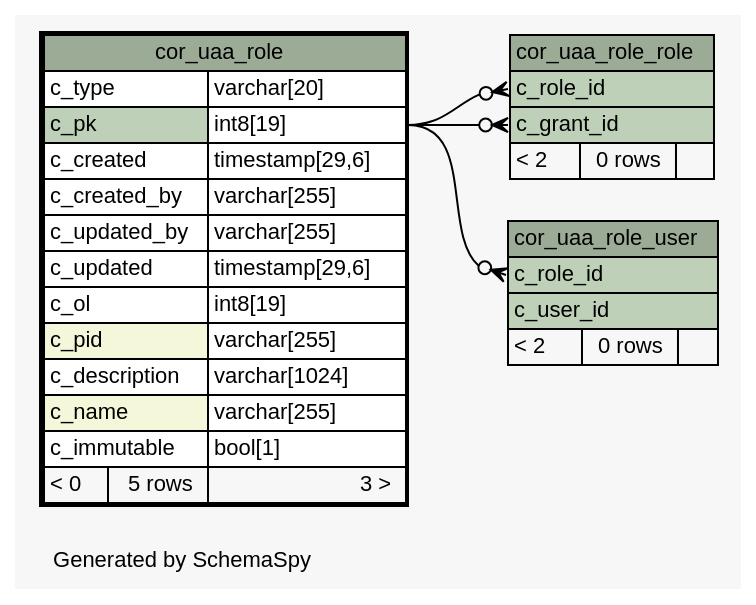
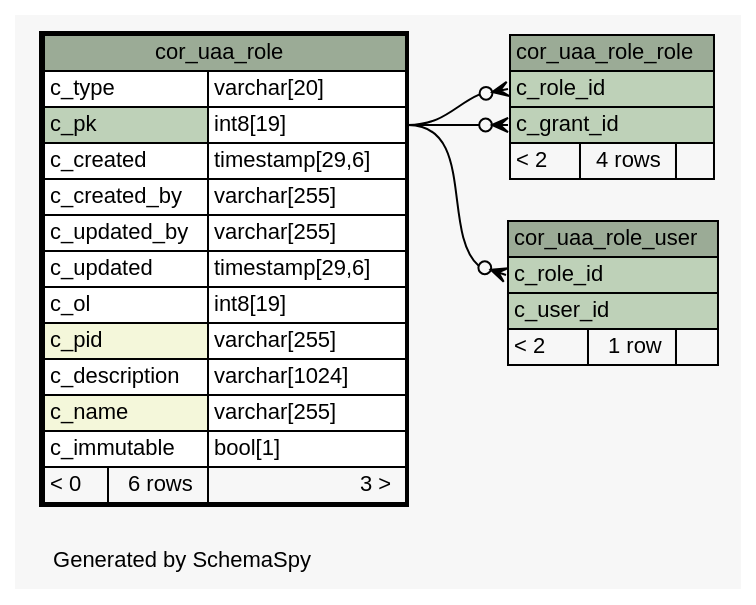
The diagram in 2.0.0-SNAPSHOT/schemaspy/diagrams/cor_uaa_role.1degree.dot (openwms/org.openwms.core.uaa.lib), drawn with Graphviz before and after one commit. The commit also changed 226 other files, not shown here.

```diff
--- a/2.0.0-SNAPSHOT/schemaspy/diagrams/cor_uaa_role.1degree.dot
+++ b/2.0.0-SNAPSHOT/schemaspy/diagrams/cor_uaa_role.1degree.dot
@@ -1,67 +1,67 @@
 // dot 2.43.0 on Linux 6.2.0-1018-azure
 // SchemaSpy rev Unknown
 digraph "oneDegreeRelationshipsDiagram" {
   graph [
     rankdir="RL"
     bgcolor="#f7f7f7"
     label="\nGenerated by SchemaSpy"
     labeljust="l"
     nodesep="0.18"
     ranksep="0.46"
     fontname="Helvetica"
     fontsize="11"
   ];
   node [
     fontname="Helvetica"
     fontsize="11"
     shape="plaintext"
   ];
   edge [
     arrowsize="0.8"
   ];
   "cor_uaa_role_role":"c_grant_id":w -> "cor_uaa_role":"c_pk.type":e [arrowhead=none dir=back arrowtail=crowodot];
   "cor_uaa_role_role":"c_role_id":w -> "cor_uaa_role":"c_pk.type":e [arrowhead=none dir=back arrowtail=crowodot];
   "cor_uaa_role_user":"c_role_id":w -> "cor_uaa_role":"c_pk.type":e [arrowhead=none dir=back arrowtail=crowodot];
   "cor_uaa_role" [
     label=<
     <TABLE BORDER="2" CELLBORDER="1" CELLSPACING="0" BGCOLOR="#ffffff">
       <TR><TD COLSPAN="3" BGCOLOR="#9bab96" ALIGN="CENTER">cor_uaa_role</TD></TR>
       <TR><TD PORT="c_type" COLSPAN="2" ALIGN="LEFT">c_type</TD><TD PORT="c_type.type" ALIGN="LEFT">varchar[20]</TD></TR>
       <TR><TD PORT="c_pk" COLSPAN="2" BGCOLOR="#bed1b8" ALIGN="LEFT">c_pk</TD><TD PORT="c_pk.type" ALIGN="LEFT">int8[19]</TD></TR>
       <TR><TD PORT="c_created" COLSPAN="2" ALIGN="LEFT">c_created</TD><TD PORT="c_created.type" ALIGN="LEFT">timestamp[29,6]</TD></TR>
       <TR><TD PORT="c_created_by" COLSPAN="2" ALIGN="LEFT">c_created_by</TD><TD PORT="c_created_by.type" ALIGN="LEFT">varchar[255]</TD></TR>
       <TR><TD PORT="c_updated_by" COLSPAN="2" ALIGN="LEFT">c_updated_by</TD><TD PORT="c_updated_by.type" ALIGN="LEFT">varchar[255]</TD></TR>
       <TR><TD PORT="c_updated" COLSPAN="2" ALIGN="LEFT">c_updated</TD><TD PORT="c_updated.type" ALIGN="LEFT">timestamp[29,6]</TD></TR>
       <TR><TD PORT="c_ol" COLSPAN="2" ALIGN="LEFT">c_ol</TD><TD PORT="c_ol.type" ALIGN="LEFT">int8[19]</TD></TR>
       <TR><TD PORT="c_pid" COLSPAN="2" BGCOLOR="#f4f7da" ALIGN="LEFT">c_pid</TD><TD PORT="c_pid.type" ALIGN="LEFT">varchar[255]</TD></TR>
       <TR><TD PORT="c_description" COLSPAN="2" ALIGN="LEFT">c_description</TD><TD PORT="c_description.type" ALIGN="LEFT">varchar[1024]</TD></TR>
       <TR><TD PORT="c_name" COLSPAN="2" BGCOLOR="#f4f7da" ALIGN="LEFT">c_name</TD><TD PORT="c_name.type" ALIGN="LEFT">varchar[255]</TD></TR>
       <TR><TD PORT="c_immutable" COLSPAN="2" ALIGN="LEFT">c_immutable</TD><TD PORT="c_immutable.type" ALIGN="LEFT">bool[1]</TD></TR>
-      <TR><TD ALIGN="LEFT" BGCOLOR="#f7f7f7">&lt; 0</TD><TD ALIGN="RIGHT" BGCOLOR="#f7f7f7">5 rows</TD><TD ALIGN="RIGHT" BGCOLOR="#f7f7f7">3 &gt;</TD></TR>
+      <TR><TD ALIGN="LEFT" BGCOLOR="#f7f7f7">&lt; 0</TD><TD ALIGN="RIGHT" BGCOLOR="#f7f7f7">6 rows</TD><TD ALIGN="RIGHT" BGCOLOR="#f7f7f7">3 &gt;</TD></TR>
     </TABLE>>
     URL="cor_uaa_role.html"
     tooltip="cor_uaa_role"
   ];
   "cor_uaa_role_role" [
     label=<
     <TABLE BORDER="0" CELLBORDER="1" CELLSPACING="0" BGCOLOR="#ffffff">
       <TR><TD COLSPAN="3" BGCOLOR="#9bab96" ALIGN="CENTER">cor_uaa_role_role</TD></TR>
       <TR><TD PORT="c_role_id" COLSPAN="3" BGCOLOR="#bed1b8" ALIGN="LEFT">c_role_id</TD></TR>
       <TR><TD PORT="c_grant_id" COLSPAN="3" BGCOLOR="#bed1b8" ALIGN="LEFT">c_grant_id</TD></TR>
-      <TR><TD ALIGN="LEFT" BGCOLOR="#f7f7f7">&lt; 2</TD><TD ALIGN="RIGHT" BGCOLOR="#f7f7f7">0 rows</TD><TD ALIGN="RIGHT" BGCOLOR="#f7f7f7">  </TD></TR>
+      <TR><TD ALIGN="LEFT" BGCOLOR="#f7f7f7">&lt; 2</TD><TD ALIGN="RIGHT" BGCOLOR="#f7f7f7">4 rows</TD><TD ALIGN="RIGHT" BGCOLOR="#f7f7f7">  </TD></TR>
     </TABLE>>
     URL="cor_uaa_role_role.html"
     tooltip="cor_uaa_role_role"
   ];
   "cor_uaa_role_user" [
     label=<
     <TABLE BORDER="0" CELLBORDER="1" CELLSPACING="0" BGCOLOR="#ffffff">
       <TR><TD COLSPAN="3" BGCOLOR="#9bab96" ALIGN="CENTER">cor_uaa_role_user</TD></TR>
       <TR><TD PORT="c_role_id" COLSPAN="3" BGCOLOR="#bed1b8" ALIGN="LEFT">c_role_id</TD></TR>
       <TR><TD PORT="c_user_id" COLSPAN="3" BGCOLOR="#bed1b8" ALIGN="LEFT">c_user_id</TD></TR>
-      <TR><TD ALIGN="LEFT" BGCOLOR="#f7f7f7">&lt; 2</TD><TD ALIGN="RIGHT" BGCOLOR="#f7f7f7">0 rows</TD><TD ALIGN="RIGHT" BGCOLOR="#f7f7f7">  </TD></TR>
+      <TR><TD ALIGN="LEFT" BGCOLOR="#f7f7f7">&lt; 2</TD><TD ALIGN="RIGHT" BGCOLOR="#f7f7f7">1 row</TD><TD ALIGN="RIGHT" BGCOLOR="#f7f7f7">  </TD></TR>
     </TABLE>>
     URL="cor_uaa_role_user.html"
     tooltip="cor_uaa_role_user"
   ];
 }
```
